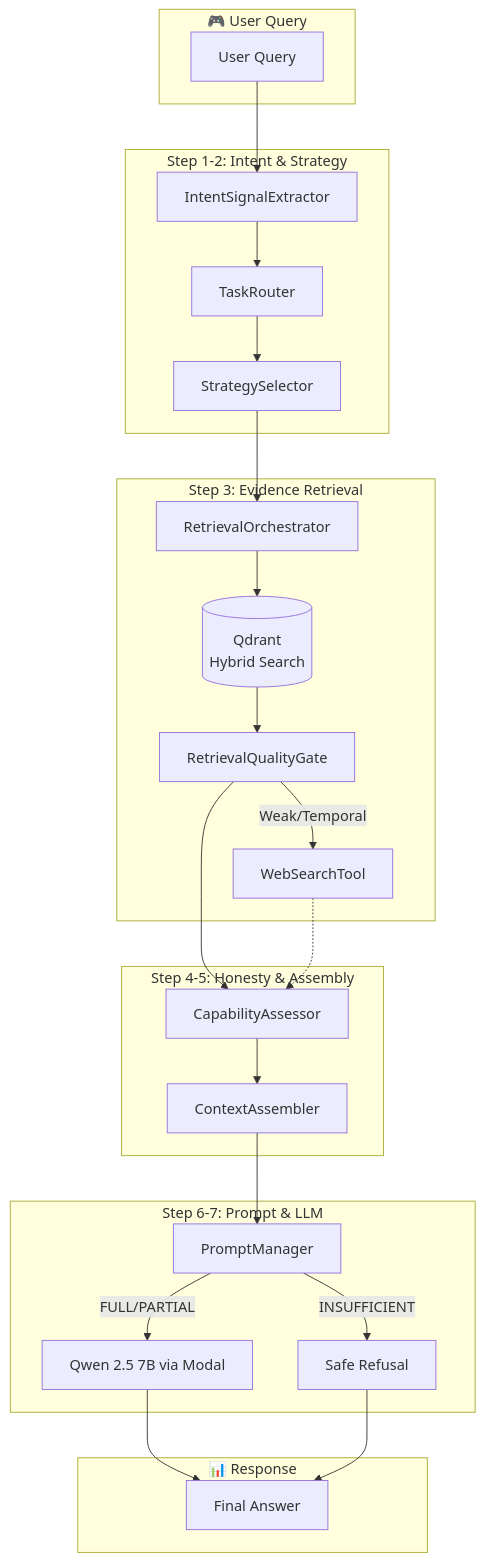
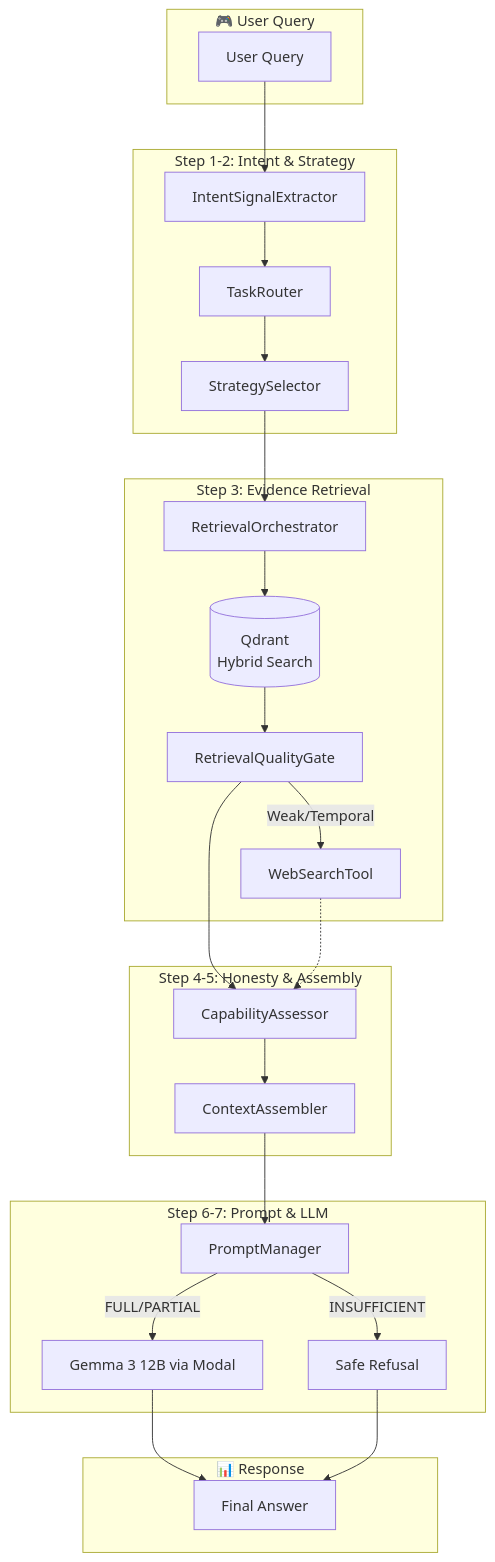
The first of 2 diagrams in README.md (SukeshShetty1010/RAGent), drawn with Mermaid before and after one commit. The commit also changed other lines of this file and 2 other files, not shown here.

````diff
--- a/README.md
+++ b/README.md
@@ -27,47 +27,47 @@
 ```mermaid
 flowchart TB
     subgraph Input["🎮 User Query"]
         Q[User Query]
     end
     
     subgraph Routing["Step 1-2: Intent & Strategy"]
         IE[IntentSignalExtractor]
         TR[TaskRouter]
         SS[StrategySelector]
         Q --> IE
         IE --> TR
         TR --> SS
     end
     
     subgraph Retrieval["Step 3: Evidence Retrieval"]
         RO[RetrievalOrchestrator]
         WV[(Qdrant<br/>Hybrid Search)]
         QG[RetrievalQualityGate]
         WS[WebSearchTool]
         SS --> RO
         RO --> WV
         WV --> QG
         QG -->|Weak/Temporal| WS
     end
     
     subgraph Assessment["Step 4-5: Honesty & Assembly"]
         CA[CapabilityAssessor]
         CTX[ContextAssembler]
         QG --> CA
         WS -.-> CA
         CA --> CTX
     end
     
     subgraph Generation["Step 6-7: Prompt & LLM"]
         PM[PromptManager]
-        LLM[Qwen 2.5 7B via Modal]
+        LLM[Gemma 3 12B via Modal]
         CTX --> PM
         PM -->|FULL/PARTIAL| LLM
         PM -->|INSUFFICIENT| REF[Safe Refusal]
     end
     
     subgraph Output["📊 Response"]
         LLM --> ANS[Final Answer]
         REF --> ANS
     end
 ```
````
